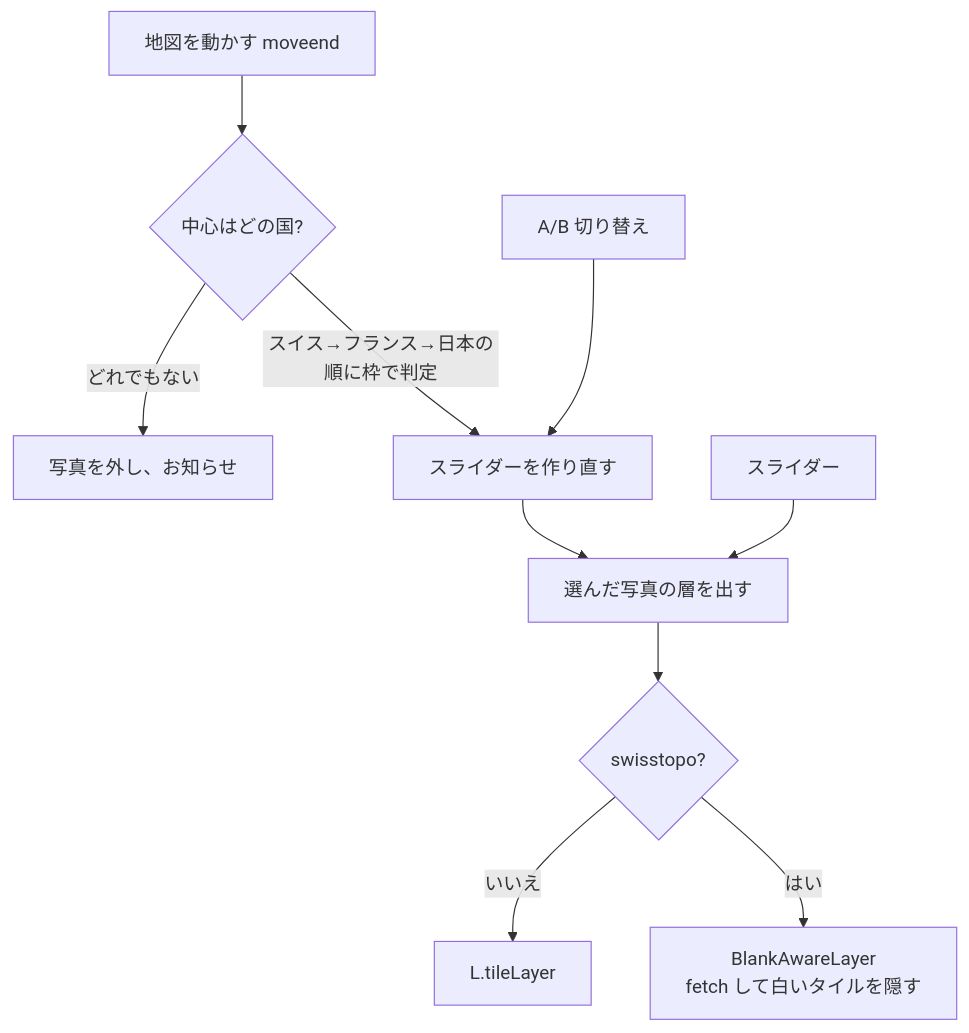
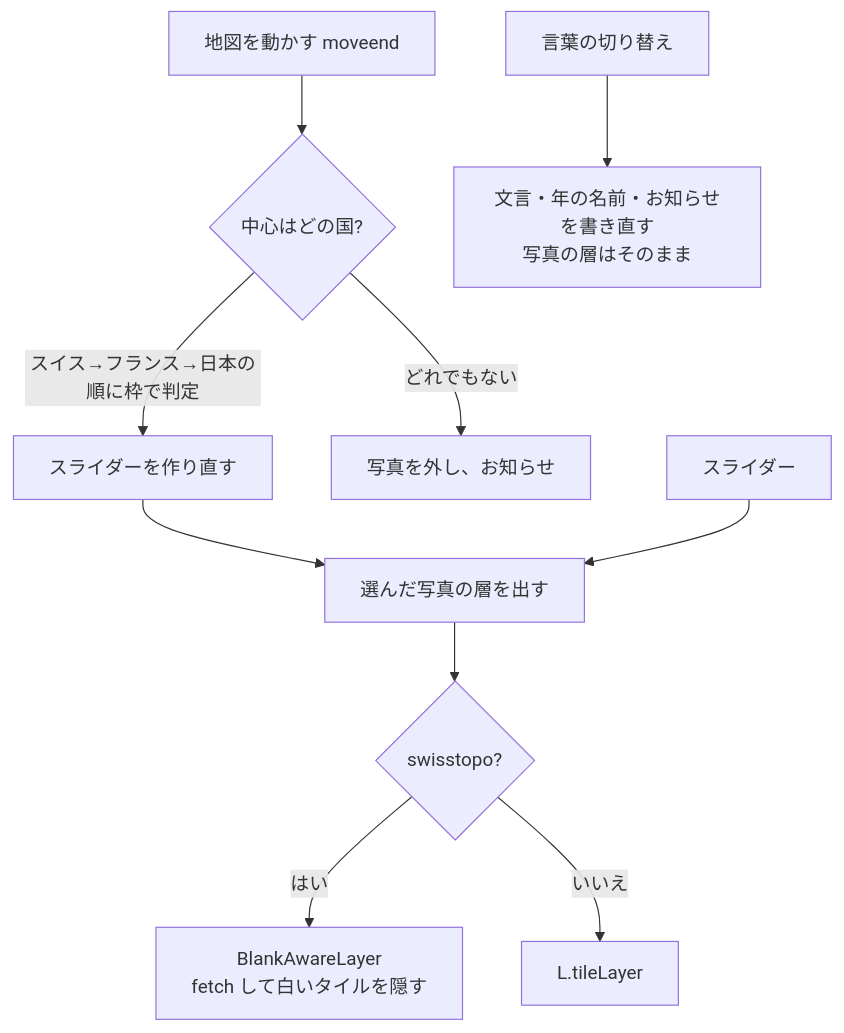
The third of 3 diagrams in docs/design/overseas_prototype.md (immersamap/immersamap.github.io), drawn with Mermaid before and after one commit. The commit also changed other lines of this file and 12 other files, not shown here.

````diff
--- a/docs/design/overseas_prototype.md
+++ b/docs/design/overseas_prototype.md
@@ -94,12 +120,12 @@
 ```mermaid
 flowchart TD
     move[地図を動かす moveend] --> which{中心はどの国?}
     which -->|スイス→フランス→日本の順に枠で判定| rebuild[スライダーを作り直す]
     which -->|どれでもない| none[写真を外し、お知らせ]
-    mode[A/B 切り替え] --> rebuild
+    lang[言葉の切り替え] --> text[文言・年の名前・お知らせを書き直す<br/>写真の層はそのまま]
     rebuild --> show[選んだ写真の層を出す]
     slider[スライダー] --> show
     show --> layer{swisstopo?}
     layer -->|はい| blank[BlankAwareLayer<br/>fetch して白いタイルを隠す]
     layer -->|いいえ| plain[L.tileLayer]
 ```
````
